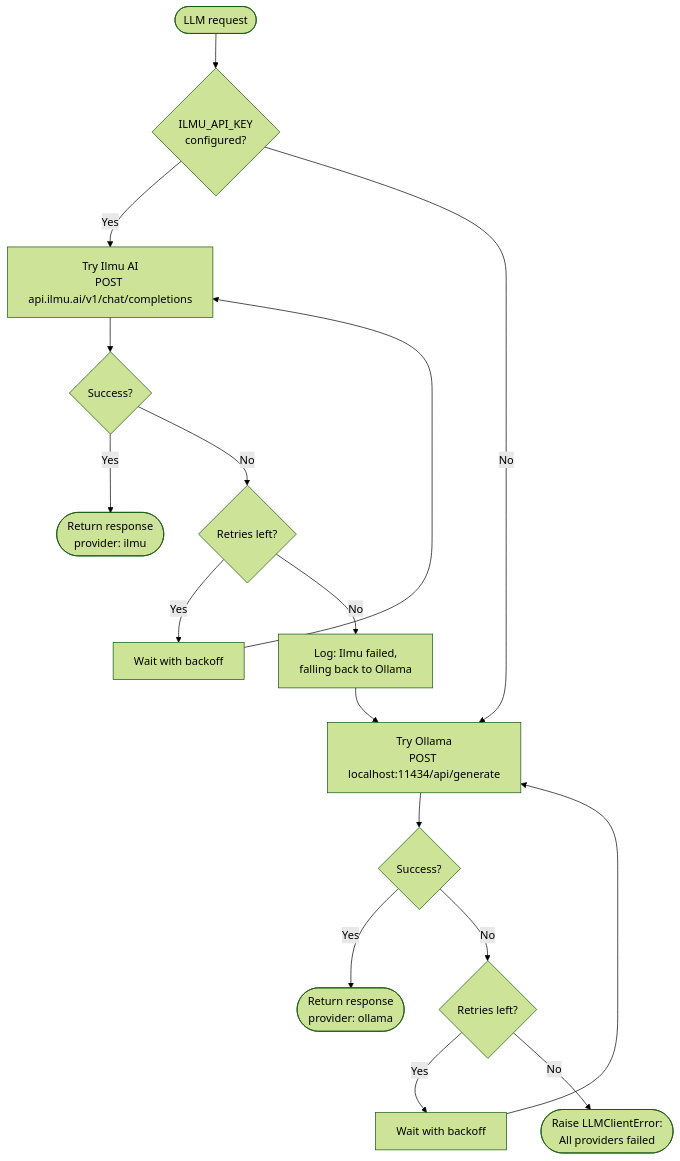
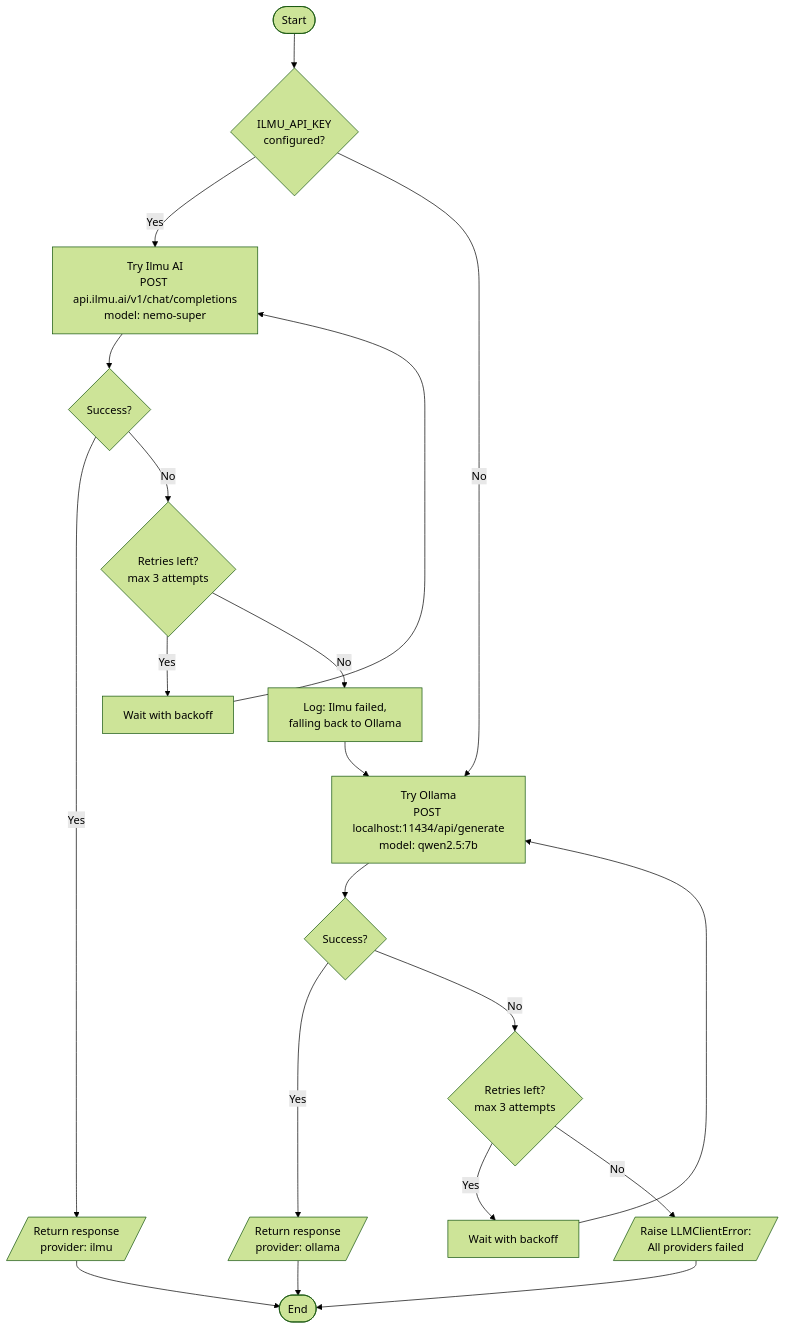
Before and after one commit to shuichi2344/ARIA: the fifth of 11 diagrams in docs/SYSTEM_FLOWCHARTS.md, drawn with Mermaid (forest theme). The commit also changed other lines of this file, not shown here.

Commit message:
update system flowchart

````diff
--- a/docs/SYSTEM_FLOWCHARTS.md
+++ b/docs/SYSTEM_FLOWCHARTS.md
@@ -162,21 +164,24 @@
 ```mermaid
 flowchart TD
-    Start([LLM request]) --> Check{ILMU_API_KEY<br/>configured?}
+    Start([Start]) --> Check{ILMU_API_KEY<br/>configured?}
     
     %% --- Ilmu AI Path ---
-    Check -->|Yes| Ilmu[Try Ilmu AI<br/>POST api.ilmu.ai/v1/chat/completions]
+    Check -->|Yes| Ilmu[Try Ilmu AI<br/>POST api.ilmu.ai/v1/chat/completions<br/>model: nemo-super]
     Ilmu --> IlmuOK{Success?}
-    IlmuOK -->|Yes| ReturnIlmu([Return response<br/>provider: ilmu])
-    IlmuOK -->|No| IlmuRetry{Retries left?}
+    IlmuOK -->|Yes| ReturnIlmu[/Return response<br/>provider: ilmu/]
+    ReturnIlmu --> End([End])
+    IlmuOK -->|No| IlmuRetry{Retries left?<br/>max 3 attempts}
     IlmuRetry -->|Yes| IlmuWait[Wait with backoff] --> Ilmu
     IlmuRetry -->|No| LogWarn[Log: Ilmu failed,<br/>falling back to Ollama]
     
     %% --- Ollama Fallback ---
     Check -->|No| Ollama
-    LogWarn --> Ollama[Try Ollama<br/>POST localhost:11434/api/generate]
+    LogWarn --> Ollama[Try Ollama<br/>POST localhost:11434/api/generate<br/>model: qwen2.5:7b]
     Ollama --> OllamaOK{Success?}
-    OllamaOK -->|Yes| ReturnOllama([Return response<br/>provider: ollama])
-    OllamaOK -->|No| OllamaRetry{Retries left?}
+    OllamaOK -->|Yes| ReturnOllama[/Return response<br/>provider: ollama/]
+    ReturnOllama --> End
+    OllamaOK -->|No| OllamaRetry{Retries left?<br/>max 3 attempts}
     OllamaRetry -->|Yes| OllamaWait[Wait with backoff] --> Ollama
-    OllamaRetry -->|No| Fail([Raise LLMClientError:<br/>All providers failed])
+    OllamaRetry -->|No| Fail[/Raise LLMClientError:<br/>All providers failed/]
+    Fail --> End
 ```
````
